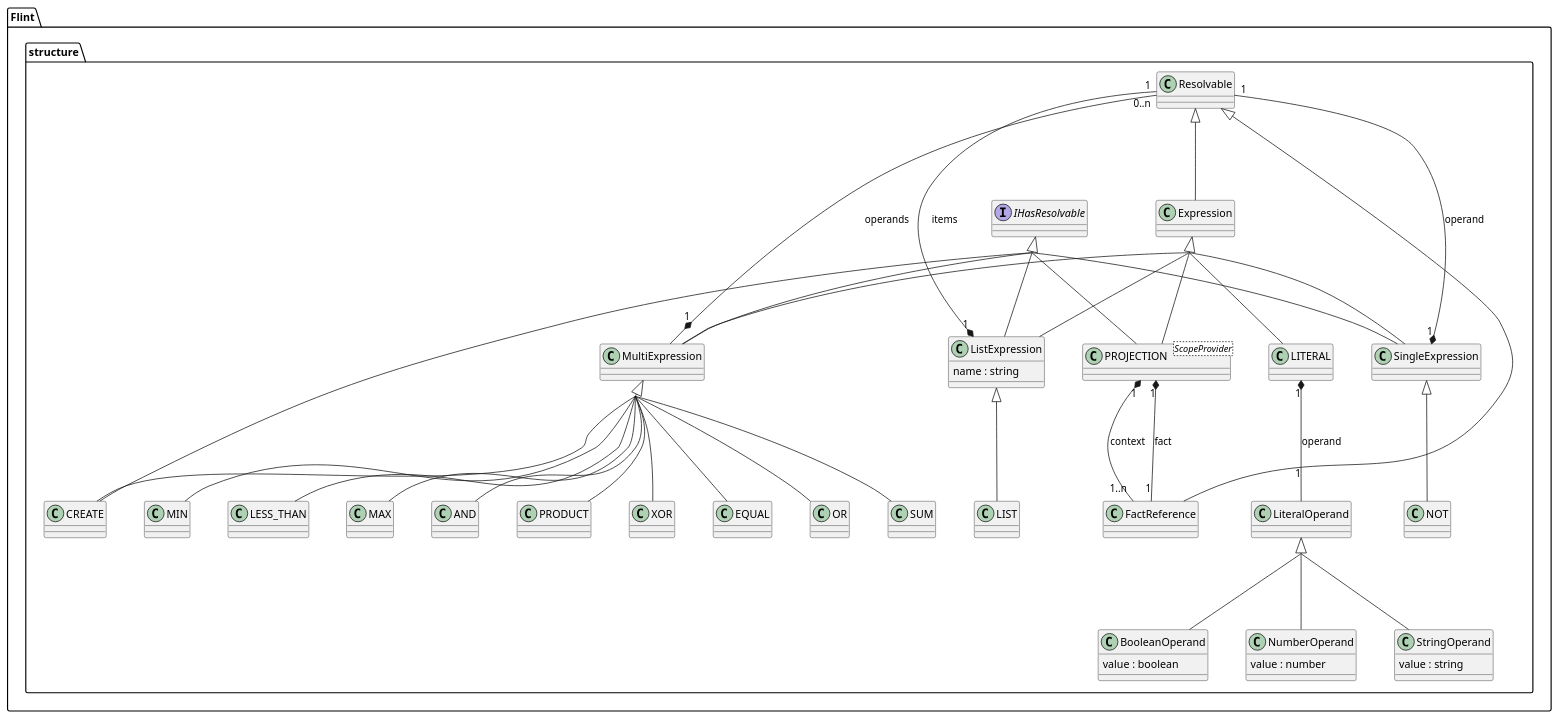
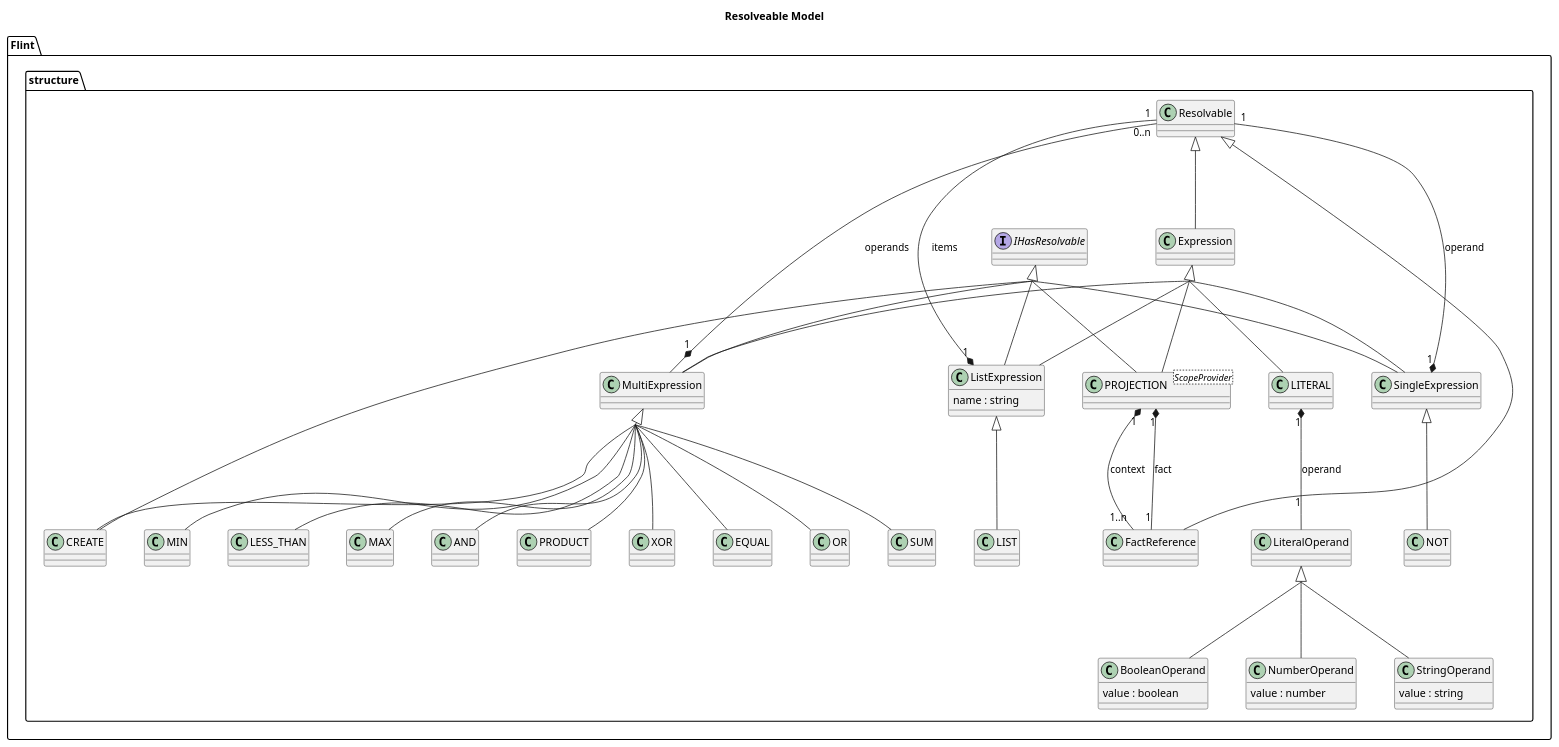
One commit to discipl/flinteditor-mps changed the diagram in docs/uml/resolveable-model.puml. Above: the diagram before and after it, drawn with PlantUML. The commit also changed 13 other files, not shown here.

```diff
--- a/docs/uml/resolveable-model.puml
+++ b/docs/uml/resolveable-model.puml
@@ -1,71 +1,72 @@
 @startuml Resolveable-Model
+title Resolveable Model
 skinparam nodesep 50
 skinparam ranksep 100
 skinparam groupInheritance 3
 
 class "Flint.structure.Resolvable"
 class "Flint.structure.Expression" 
 class "Flint.structure.FactReference"
 class "Flint.structure.ListExpression"  
 "Flint.structure.ListExpression" : name : string
 class "Flint.structure.SingleExpression" 
 class "Flint.structure.LITERAL"  
 class "Flint.structure.LiteralOperand"  
 interface "Flint.structure.IHasResolvable"
 class "Flint.structure.LIST" 
 class "Flint.structure.NOT"  
 class "Flint.structure.BooleanOperand"  
 "Flint.structure.BooleanOperand" : value : boolean  
 class "Flint.structure.PROJECTION" <ScopeProvider> 
 class "Flint.structure.NumberOperand"  
 "Flint.structure.NumberOperand" : value : number
 class "Flint.structure.StringOperand"  
 "Flint.structure.StringOperand" : value : string
 together {
   class "Flint.structure.MultiExpression"
   class "Flint.structure.EQUAL"
   class "Flint.structure.OR" 
   class "Flint.structure.SUM" 
   class "Flint.structure.MIN"
   class "Flint.structure.LESS_THAN"
   class "Flint.structure.MAX" 
   class "Flint.structure.AND" 
   class "Flint.structure.PRODUCT"
   class "Flint.structure.CREATE"
   class "Flint.structure.XOR"
 }
 
 "Flint.structure.Resolvable" <|-- "Flint.structure.Expression"
 "Flint.structure.Resolvable" <|-- "Flint.structure.FactReference"
 "Flint.structure.ListExpression" "1" *-- "1" "Flint.structure.Resolvable" : items
 "Flint.structure.SingleExpression" "1" *-- "1" "Flint.structure.Resolvable" : operand
 "Flint.structure.MultiExpression" "1" *-- "0..n" "Flint.structure.Resolvable" : operands
 "Flint.structure.Expression" <|-- "Flint.structure.ListExpression"
 "Flint.structure.Expression" <|-- "Flint.structure.SingleExpression"
 "Flint.structure.Expression" <|-- "Flint.structure.MultiExpression"
 "Flint.structure.Expression" <|-- "Flint.structure.PROJECTION"
 "Flint.structure.Expression" <|-- "Flint.structure.LITERAL"
 "Flint.structure.PROJECTION" "1" *-- "1..n" "Flint.structure.FactReference" : context
 "Flint.structure.PROJECTION" "1" *-- "1" "Flint.structure.FactReference" : fact
 "Flint.structure.IHasResolvable" <|.. "Flint.structure.ListExpression"
 "Flint.structure.IHasResolvable" <|.. "Flint.structure.CREATE"
 "Flint.structure.ListExpression" <|-- "Flint.structure.LIST"
 "Flint.structure.IHasResolvable" <|.. "Flint.structure.SingleExpression"
 "Flint.structure.SingleExpression" <|-- "Flint.structure.NOT"
 "Flint.structure.IHasResolvable" <|.. "Flint.structure.MultiExpression"
 "Flint.structure.MultiExpression" <|-- "Flint.structure.PRODUCT"
 "Flint.structure.MultiExpression" <|-- "Flint.structure.AND"
 "Flint.structure.MultiExpression" <|-- "Flint.structure.CREATE"
 "Flint.structure.MultiExpression" <|-- "Flint.structure.MAX"
 "Flint.structure.MultiExpression" <|-- "Flint.structure.LESS_THAN"
 "Flint.structure.MultiExpression" <|-- "Flint.structure.MIN"
 "Flint.structure.MultiExpression" <|-- "Flint.structure.SUM"
 "Flint.structure.MultiExpression" <|-- "Flint.structure.OR"
 "Flint.structure.MultiExpression" <|-- "Flint.structure.EQUAL"
 "Flint.structure.MultiExpression" <|-- "Flint.structure.XOR"
 "Flint.structure.IHasResolvable" <|.. "Flint.structure.PROJECTION"
 "Flint.structure.LiteralOperand" <|-- "Flint.structure.NumberOperand"
 "Flint.structure.LiteralOperand" <|-- "Flint.structure.BooleanOperand"
 "Flint.structure.LiteralOperand" <|-- "Flint.structure.StringOperand"
 "Flint.structure.LITERAL" "1" *-- "1" "Flint.structure.LiteralOperand" : operand
 @enduml
```
